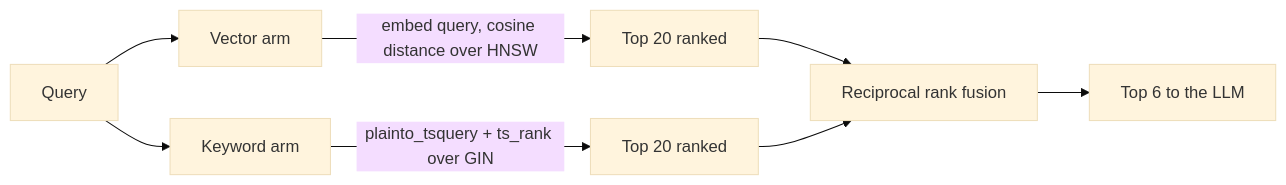
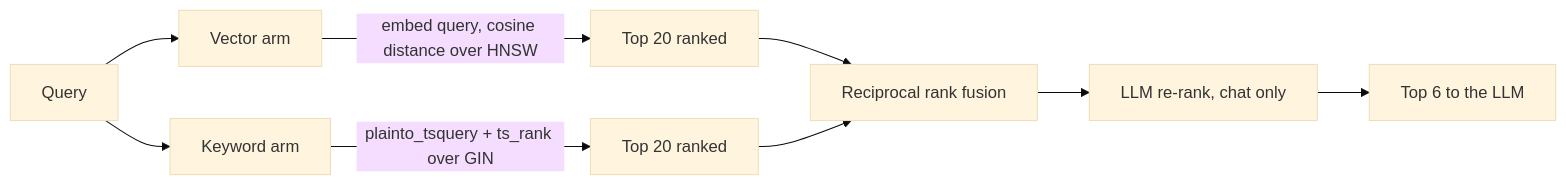
The diagram in docs/RAG.md (dooddles07/Cortex-Vault), drawn with Mermaid (base theme) before and after one commit. The commit also changed other lines of this file and 8 other files, not shown here.

````diff
--- a/docs/RAG.md
+++ b/docs/RAG.md
@@ -39,10 +39,11 @@
 ```mermaid
 flowchart LR
     Q[Query] --> V[Vector arm]
     Q --> K[Keyword arm]
     V -->|embed query, cosine distance over HNSW| VR[Top 20 ranked]
     K -->|plainto_tsquery + ts_rank over GIN| KR[Top 20 ranked]
     VR --> F[Reciprocal rank fusion]
     KR --> F
-    F --> N[Top 6 to the LLM]
+    F --> R[LLM re-rank, chat only]
+    R --> N[Top 6 to the LLM]
 ```
````
